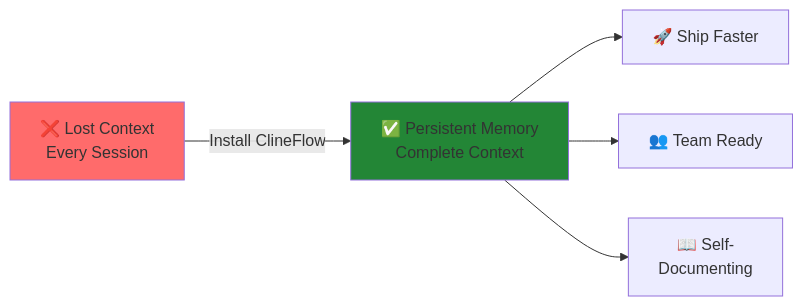
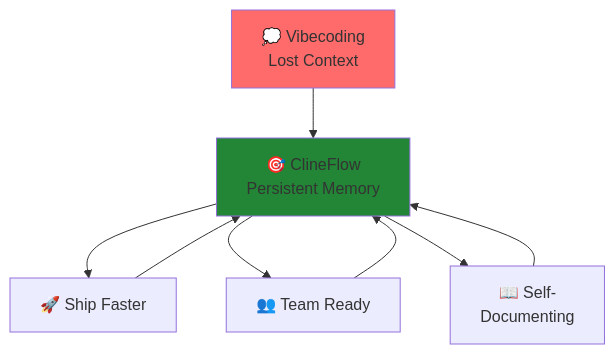
One commit to hassanvfx/clineflow changed the first of 8 diagrams in README.md. Above: the diagram before and after it, drawn with Mermaid. The commit also changed other lines of this file, not shown here.

First line of the commit message:
feat: enhance hero diagram and elevate Reference System section

````diff
--- a/README.md
+++ b/README.md
@@ -19,9 +19,12 @@
 ```mermaid
-graph LR
-    A[❌ Lost Context<br/>Every Session] -->|Install ClineFlow| B[✅ Persistent Memory<br/>Complete Context]
+graph TD
+    A[💭 Vibecoding<br/>Lost Context] --> B[🎯 ClineFlow<br/>Persistent Memory]
     B --> C[🚀 Ship Faster]
     B --> D[👥 Team Ready]
     B --> E[📖 Self-<br/>Documenting]
+    C --> B
+    D --> B
+    E --> B
     style A fill:#ff6b6b
     style B fill:#238636
 ```
````
